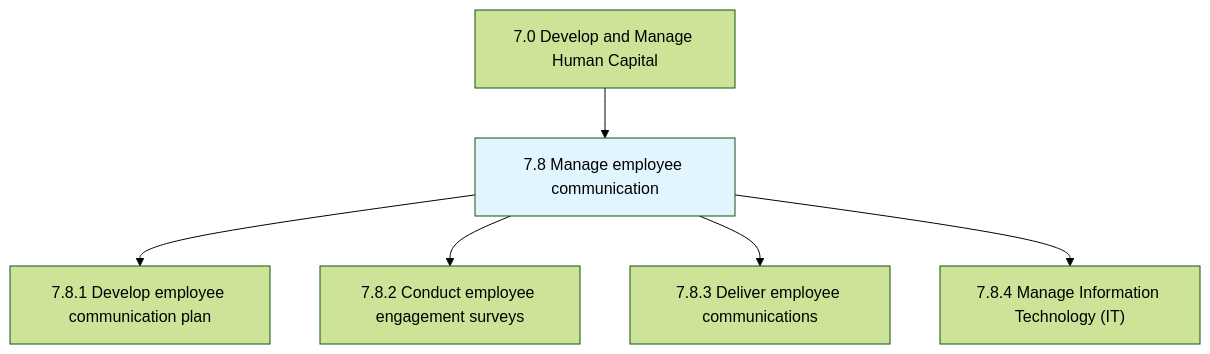
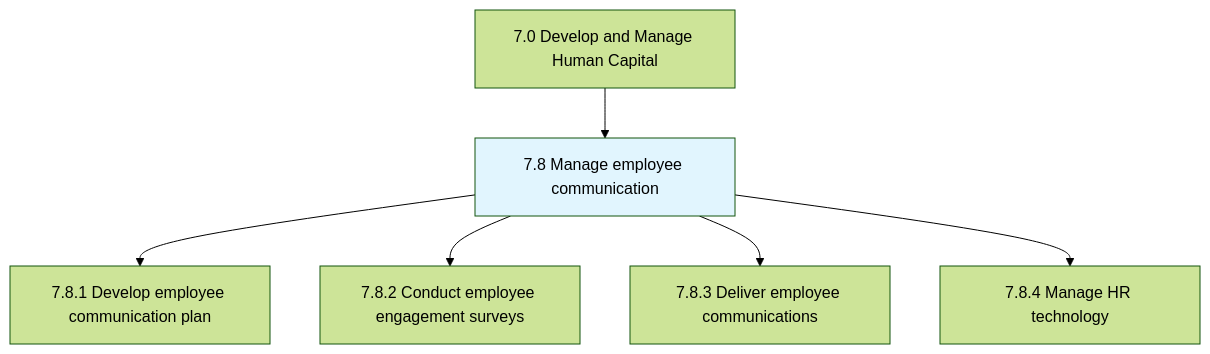
The first of 2 diagrams in processes/07-HR/7.8-ManageEmployeeCommunication/index.mdx (kziemski/business.org.ai), drawn with Mermaid (forest theme) before and after one commit. The commit also changed other lines of this file and 885 other files, not shown here.

````diff
--- a/processes/07-HR/7.8-ManageEmployeeCommunication/index.mdx
+++ b/processes/07-HR/7.8-ManageEmployeeCommunication/index.mdx
@@ -25,10 +25,10 @@
 ```mermaid
 graph TD
     C7["7.0 Develop and Manage Human Capital"]
     C7 --> N7_8["7.8 Manage employee communication"]
     style N7_8 fill:#e1f5fe
     N7_8 --> N7_8_1["7.8.1 Develop employee communication plan"]
     N7_8 --> N7_8_2["7.8.2 Conduct employee engagement surveys"]
     N7_8 --> N7_8_3["7.8.3 Deliver employee communications"]
-    N7_8 --> N7_8_4["7.8.4 Manage Information Technology (IT)"]
+    N7_8 --> N7_8_4["7.8.4 Manage HR technology"]
 ```
````
